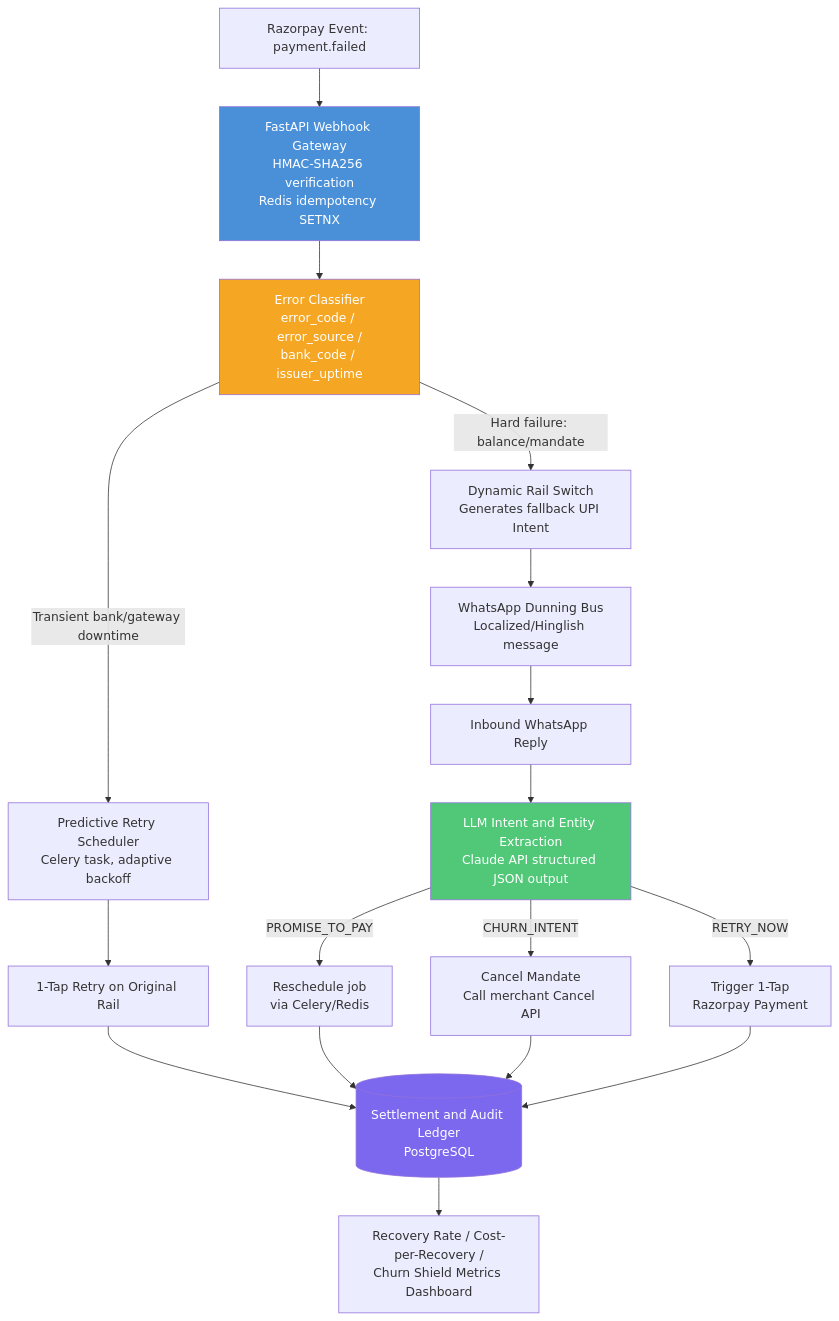
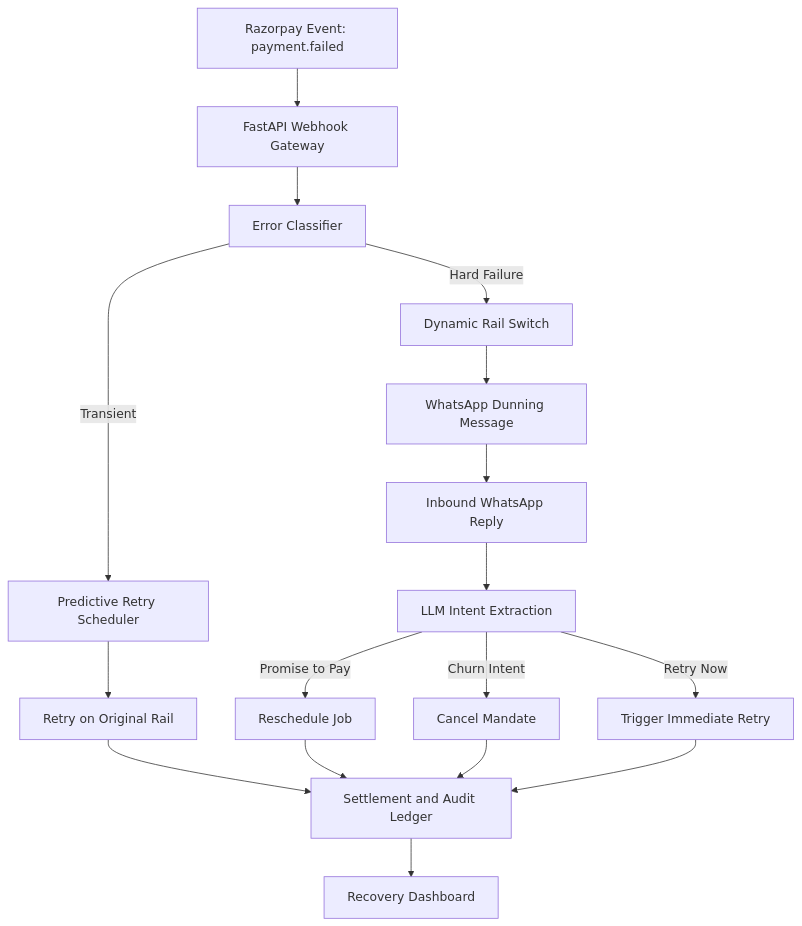
The diagram in README.md (JagruthiKorlapati/razorrescue), drawn with Mermaid before and after one commit.

Commit message:
Simplify Mermaid diagram to fix GitHub rendering error

````diff
--- a/README.md
+++ b/README.md
@@ -21,32 +22,24 @@
 ```mermaid
 flowchart TD
-    A[Razorpay Event: payment.failed] --> B[FastAPI Webhook Gateway<br/>HMAC-SHA256 verification<br/>Redis idempotency SETNX]
+    A[Razorpay Event: payment.failed] --> B[FastAPI Webhook Gateway]
+    B --> C[Error Classifier]
 
-    B --> C[Error Classifier<br/>error_code / error_source /<br/>bank_code / issuer_uptime]
+    C -->|Transient| D[Predictive Retry Scheduler]
+    C -->|Hard Failure| E[Dynamic Rail Switch]
 
-    C -->|Transient bank/gateway downtime| D[Predictive Retry Scheduler<br/>Celery task, adaptive backoff]
-    C -->|Hard failure: balance/mandate| E[Dynamic Rail Switch<br/>Generates fallback UPI Intent]
+    D --> F[Retry on Original Rail]
+    E --> G[WhatsApp Dunning Message]
+    G --> H[Inbound WhatsApp Reply]
+    H --> I[LLM Intent Extraction]
 
-    D --> F[1-Tap Retry on Original Rail]
+    I -->|Promise to Pay| J[Reschedule Job]
+    I -->|Churn Intent| K[Cancel Mandate]
+    I -->|Retry Now| L[Trigger Immediate Retry]
 
-    E --> G[WhatsApp Dunning Bus<br/>Localized/Hinglish message]
-    G --> H[Inbound WhatsApp Reply]
-
-    H --> I[LLM Intent and Entity Extraction<br/>Claude API structured JSON output]
-
-    I -->|PROMISE_TO_PAY| J[Reschedule job<br/>via Celery/Redis]
-    I -->|CHURN_INTENT| K[Cancel Mandate<br/>Call merchant Cancel API]
-    I -->|RETRY_NOW| L[Trigger 1-Tap<br/>Razorpay Payment]
-
-    F --> M[(Settlement and Audit Ledger<br/>PostgreSQL)]
+    F --> M[Settlement and Audit Ledger]
     J --> M
     K --> M
     L --> M
 
-    M --> N[Recovery Rate / Cost-per-Recovery /<br/>Churn Shield Metrics Dashboard]
-
-    style B fill:#4A90D9,color:#fff
-    style C fill:#F5A623,color:#fff
-    style M fill:#7B68EE,color:#fff
-    style I fill:#50C878,color:#fff
+    M --> N[Recovery Dashboard]
 ```
````
